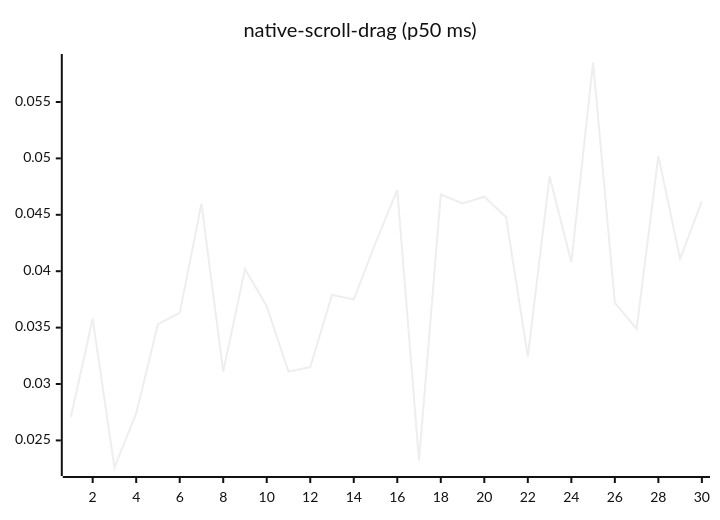
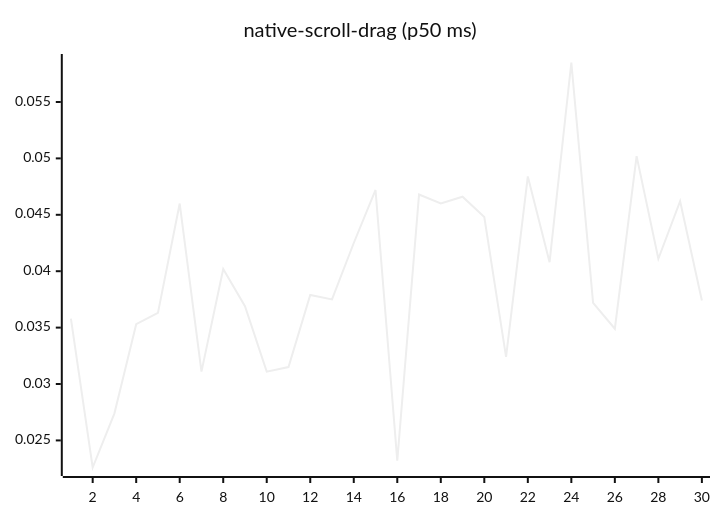
One commit to josha/Facet changed diagram 14 of 27 in README.md. Above: the diagram before and after it, drawn with Mermaid (neutral theme). The commit also changed other lines of this file and 2 other files, not shown here.

````diff
--- a/README.md
+++ b/README.md
@@ -154,6 +154,6 @@
 ```mermaid
 xychart-beta
     title "native-scroll-drag (p50 ms)"
     x-axis 1 --> 30
-    line [0.0271, 0.0358, 0.0226, 0.0274, 0.0353, 0.0363, 0.0460, 0.0311, 0.0402, 0.0369, 0.0311, 0.0315, 0.0379, 0.0375, 0.0425, 0.0472, 0.0232, 0.0468, 0.0460, 0.0466, 0.0448, 0.0324, 0.0484, 0.0408, 0.0585, 0.0372, 0.0349, 0.0502, 0.0411, 0.0462]
+    line [0.0358, 0.0226, 0.0274, 0.0353, 0.0363, 0.0460, 0.0311, 0.0402, 0.0369, 0.0311, 0.0315, 0.0379, 0.0375, 0.0425, 0.0472, 0.0232, 0.0468, 0.0460, 0.0466, 0.0448, 0.0324, 0.0484, 0.0408, 0.0585, 0.0372, 0.0349, 0.0502, 0.0411, 0.0462, 0.0374]
 ```
````
